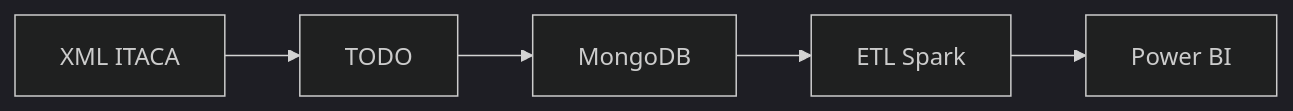
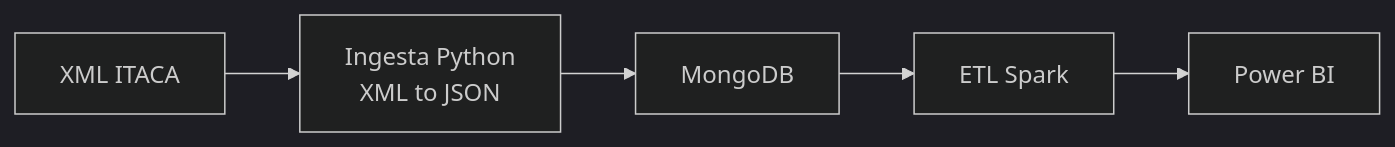
One commit to maavcode/bigdata-p1-itaca changed the diagram in README.md. Above: the diagram before and after it, drawn with Mermaid (dark theme). The commit also changed other lines of this file and 5 other files, not shown here.

````diff
--- a/README.md
+++ b/README.md
@@ -11,7 +9,7 @@
 ```mermaid
 graph LR
-    A[XML ITACA] --> B[TODO]
+    A[XML ITACA] --> B[Ingesta Python<br/>XML to JSON]
     B --> C[MongoDB]
     C --> D[ETL Spark]
     D --> E[Power BI]
 ```
````
